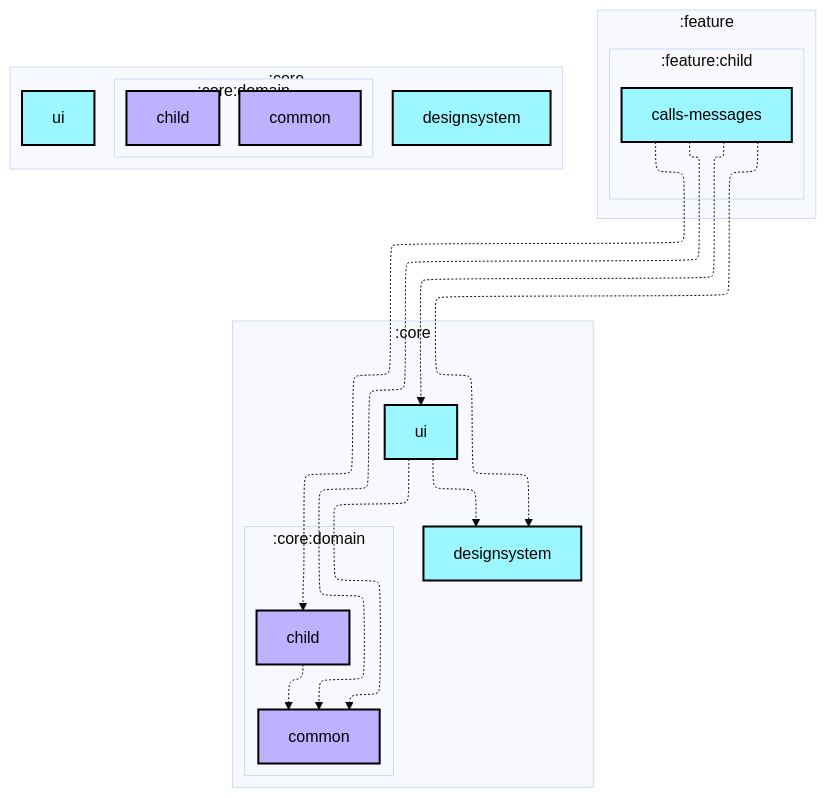
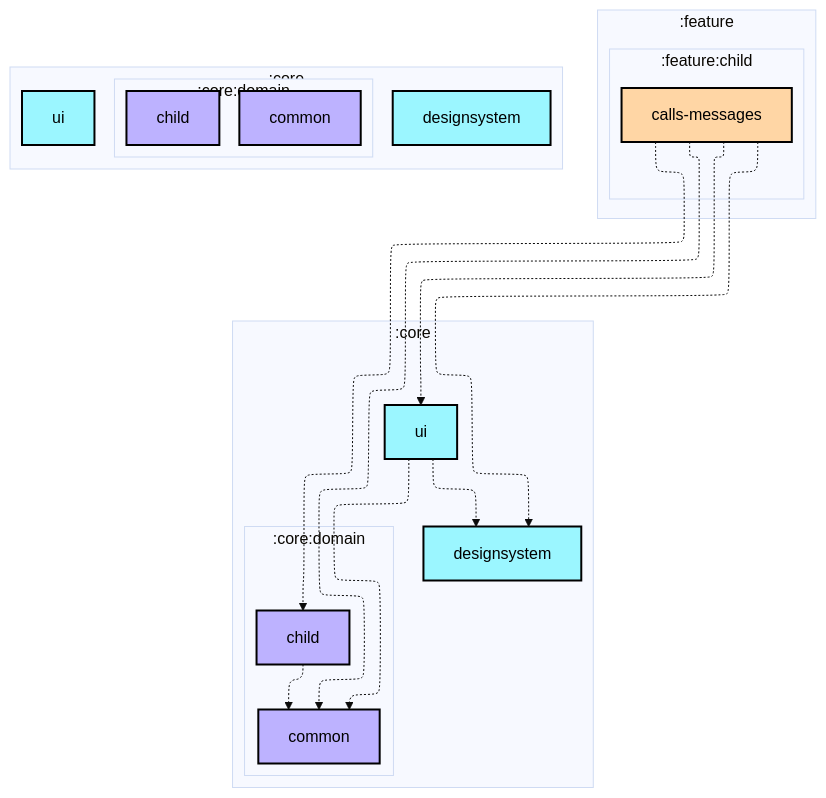
Before and after one commit to jadavchirag/jadavchirag: the first of 2 diagrams in architecture/ParentalControlApps/feature/child/calls/README.md, drawn with Mermaid (base theme). The commit also changed 26 other files, not shown here.

Commit message:
fixed feature module colors in graphs

````diff
--- a/architecture/ParentalControlApps/feature/child/calls/README.md
+++ b/architecture/ParentalControlApps/feature/child/calls/README.md
@@ -6,44 +6,44 @@
 ```mermaid
 ---
 config:
   layout: elk
   elk:
     nodePlacementStrategy: SIMPLE
 ---
 graph TB
   subgraph :feature
     direction TB
     subgraph :feature:child
       direction TB
-      :feature:child:calls-messages[calls-messages]:::android-library
+      :feature:child:calls-messages[calls-messages]:::android-feature
     end
   end
   subgraph :core
     direction TB
     :core:designsystem[designsystem]:::android-library
     :core:ui[ui]:::android-library
   end
   subgraph :core
     direction TB
     subgraph :core:domain
       direction TB
       :core:domain:child[child]:::jvm-library
       :core:domain:common[common]:::jvm-library
     end
   end
 
   :core:domain:child -.-> :core:domain:common
   :core:ui -.-> :core:designsystem
   :core:ui -.-> :core:domain:common
   :feature:child:calls-messages -.-> :core:designsystem
   :feature:child:calls-messages -.-> :core:domain:child
   :feature:child:calls-messages -.-> :core:domain:common
   :feature:child:calls-messages -.-> :core:ui
 
 classDef android-application fill:#CAFFBF,stroke:#000,stroke-width:2px,color:#000;
 classDef android-feature fill:#FFD6A5,stroke:#000,stroke-width:2px,color:#000;
 classDef android-library fill:#9BF6FF,stroke:#000,stroke-width:2px,color:#000;
 classDef android-test fill:#A0C4FF,stroke:#000,stroke-width:2px,color:#000;
 classDef jvm-library fill:#BDB2FF,stroke:#000,stroke-width:2px,color:#000;
 classDef unknown fill:#FFADAD,stroke:#000,stroke-width:2px,color:#000;
 ```
````
